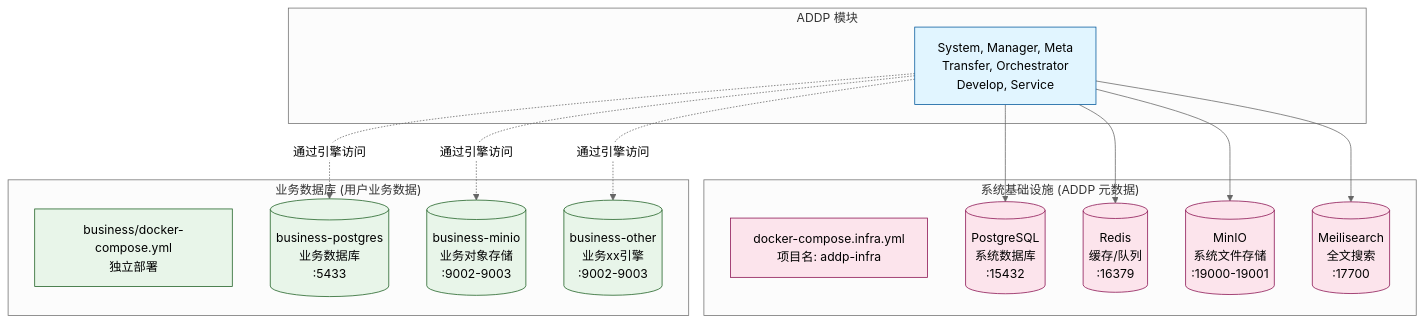
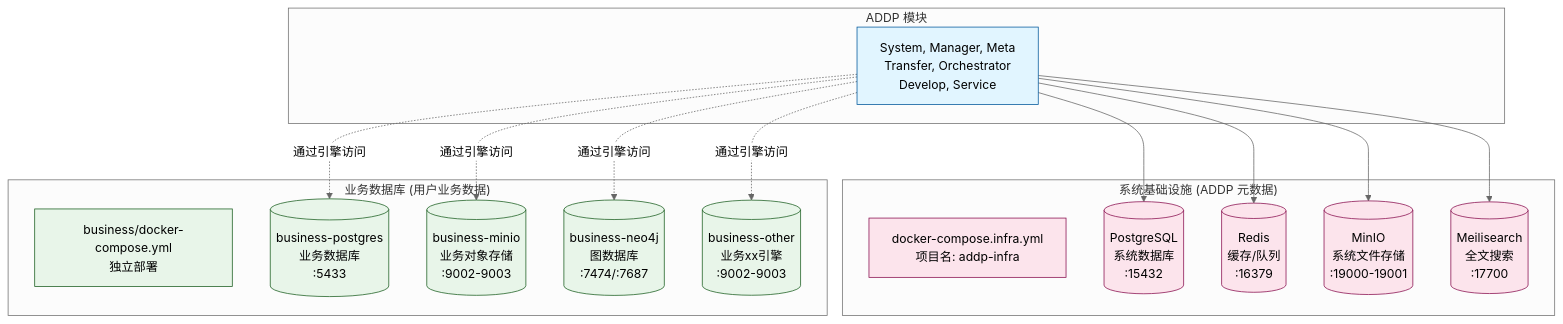
The first of 2 diagrams in docs/concepts/addp基础设施隔离图.md (pampa0629/addp), drawn with Mermaid (neutral theme) before and after one commit. The commit also changed other lines of this file and 56 other files, not shown here.

````diff
--- a/docs/concepts/addp基础设施隔离图.md
+++ b/docs/concepts/addp基础设施隔离图.md
@@ -19,40 +19,42 @@
 ```mermaid
 graph TB
     subgraph "系统基础设施 (ADDP 元数据)"
         InfraTitle[docker-compose.infra.yml<br/>项目名: addp-infra]
 
         PostgreSQL[(PostgreSQL<br/>系统数据库<br/>:15432)]
         Redis[(Redis<br/>缓存/队列<br/>:16379)]
         MinIO[(MinIO<br/>系统文件存储<br/>:19000-19001)]
         Meilisearch[(Meilisearch<br/>全文搜索<br/>:17700)]
     end
 
     subgraph "业务数据库 (用户业务数据)"
         BizTitle[business/docker-compose.yml<br/>独立部署]
 
         BizPG[(business-postgres<br/>业务数据库<br/>:5433)]
         BizMinIO[(business-minio<br/>业务对象存储<br/>:9002-9003)]
+        BizNeo4j[(business-neo4j<br/>图数据库<br/>:7474/:7687)]
         BizOther[(business-other<br/>业务xx引擎<br/>:9002-9003)]
     end
 
     subgraph "ADDP 模块"
         Modules[System, Manager, Meta<br/>Transfer, Orchestrator<br/>Develop, Service]
     end
 
     Modules --> PostgreSQL
     Modules --> Redis
     Modules --> MinIO
     Modules --> Meilisearch
 
     Modules -.通过引擎访问.-> BizPG
     Modules -.通过引擎访问.-> BizMinIO
+    Modules -.通过引擎访问.-> BizNeo4j
     Modules -.通过引擎访问.-> BizOther
 
     classDef infra fill:#fce4ec,stroke:#880e4f
     classDef biz fill:#e8f5e9,stroke:#1b5e20
     classDef module fill:#e1f5ff,stroke:#01579b
 
     class InfraTitle,PostgreSQL,Redis,MinIO,Meilisearch infra
-    class BizTitle,BizPG,BizMinIO,BizOther biz
+    class BizTitle,BizPG,BizMinIO,BizNeo4j,BizOther biz
     class Modules module
 ```
````
